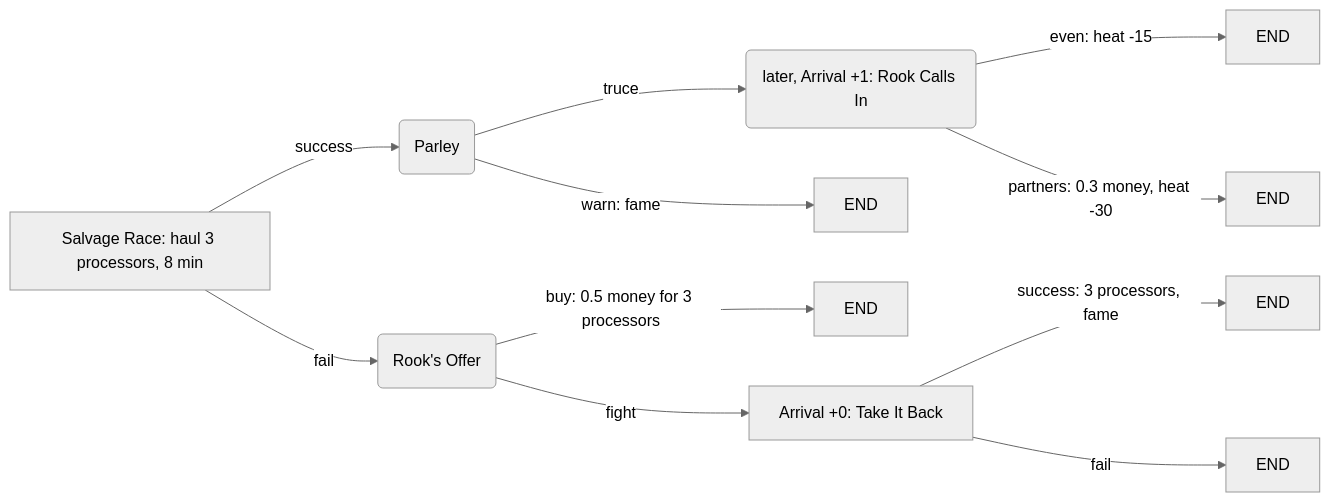
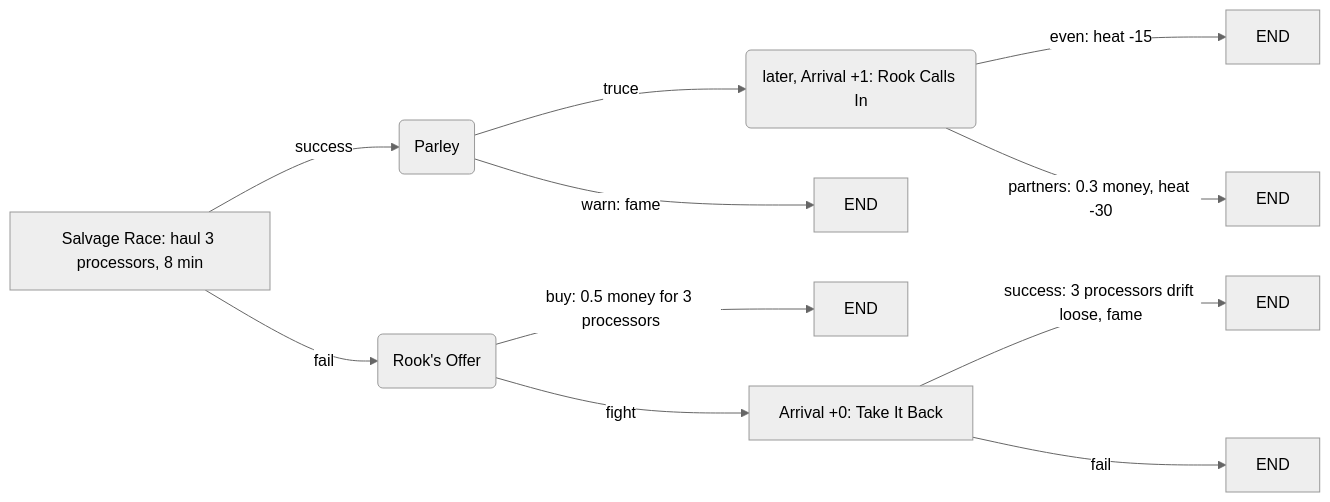
Before and after one commit to Yarden-zamir/cosmoteer-hot-cargo: the third of 6 diagrams in CHAINS.md, drawn with Mermaid (neutral theme). The commit also changed other lines of this file and 22 other files, not shown here.

````diff
--- a/CHAINS.md
+++ b/CHAINS.md
@@ -115,13 +115,13 @@
 ```mermaid
 graph LR
   race["Salvage Race: haul 3 processors, 8 min"] -->|success| parley("Parley")
   race -->|fail| gloat("Rook's Offer")
   parley -->|truce| favor("later, Arrival +1: Rook Calls In")
   parley -->|warn: fame| END1[END]
   gloat -->|buy: 0.5 money for 3 processors| END2[END]
   gloat -->|fight| ambush["Arrival +0: Take It Back"]
   favor -->|even: heat -15| END3[END]
   favor -->|partners: 0.3 money, heat -30| END4[END]
-  ambush -->|success: 3 processors, fame| END5[END]
+  ambush -->|success: 3 processors drift loose, fame| END5[END]
   ambush -->|fail| END6[END]
 ```
````
